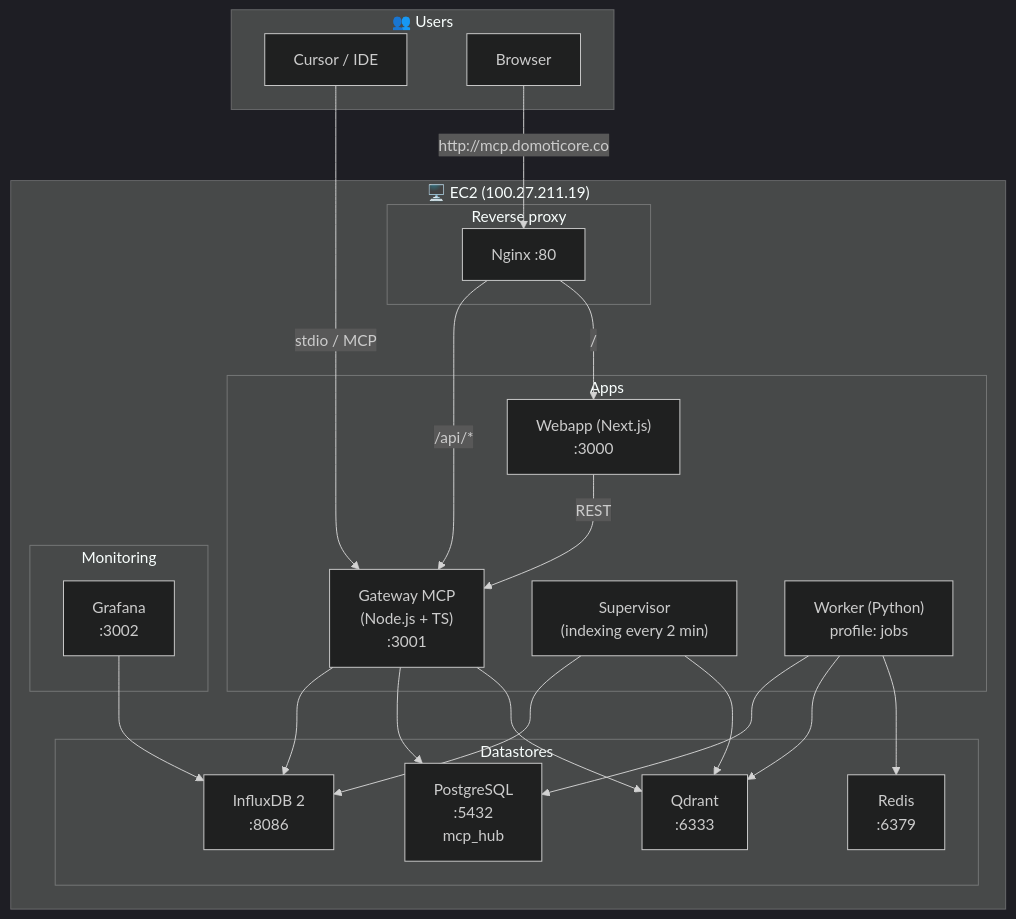
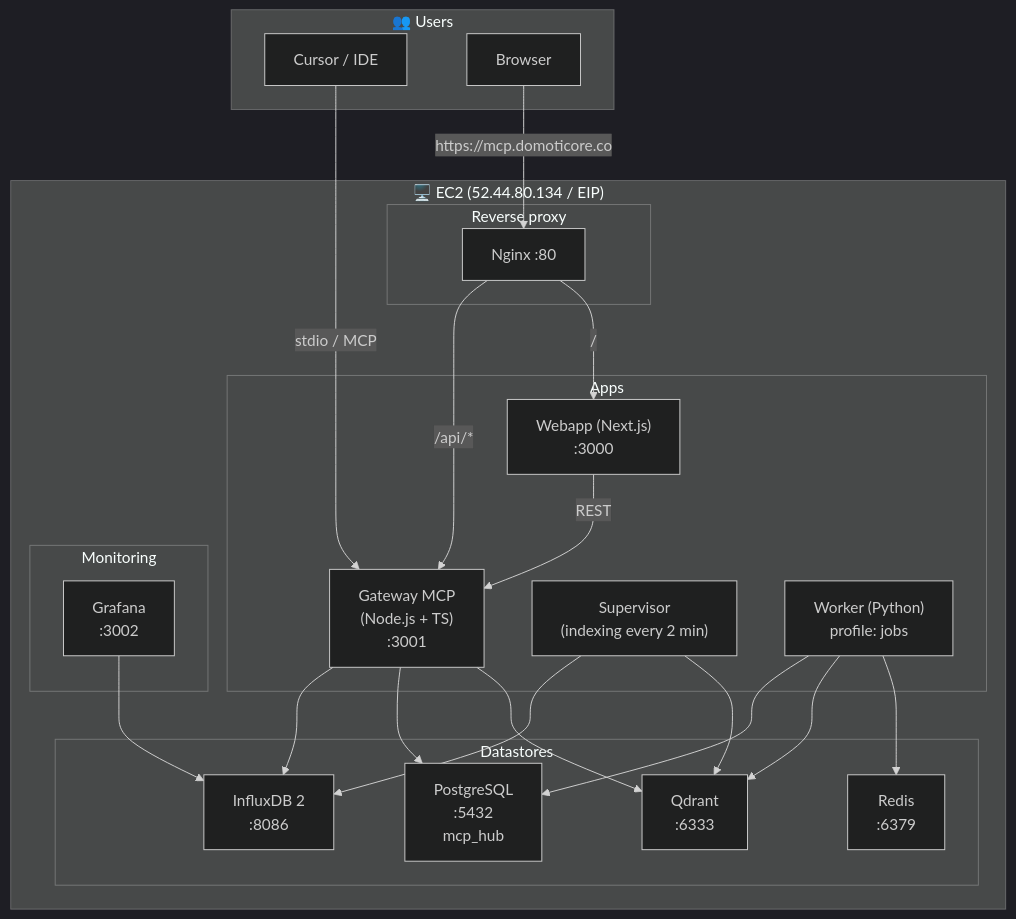
One commit to gustavosinbandera/MCP-SERVER changed the first of 2 diagrams in docs/INFRAESTRUCTURA.md. Above: the diagram before and after it, drawn with Mermaid (dark theme). The commit also changed other lines of this file and 19 other files, not shown here.

````diff
--- a/docs/INFRAESTRUCTURA.md
+++ b/docs/INFRAESTRUCTURA.md
@@ -17,47 +17,47 @@
 ```mermaid
 flowchart TB
     subgraph usuarios["👥 Users"]
         IDE["Cursor / IDE"]
         Browser["Browser"]
     end
 
-    subgraph ec2["🖥️ EC2 (100.27.211.19)"]
+    subgraph ec2["🖥️ EC2 (52.44.80.134 / EIP)"]
         subgraph proxy["Reverse proxy"]
             Nginx["Nginx :80"]
         end
 
         subgraph aplicaciones["Apps"]
             Webapp["Webapp (Next.js)\n:3000"]
             Gateway["Gateway MCP\n(Node.js + TS)\n:3001"]
             Supervisor["Supervisor\n(indexing every 2 min)"]
             Worker["Worker (Python)\nprofile: jobs"]
         end
 
         subgraph datos["Datastores"]
             Postgres["PostgreSQL\n:5432\nmcp_hub"]
             Redis["Redis\n:6379"]
             Qdrant["Qdrant\n:6333"]
             InfluxDB["InfluxDB 2\n:8086"]
         end
 
         subgraph monitoreo["Monitoring"]
             Grafana["Grafana\n:3002"]
         end
     end
 
     IDE -->|"stdio / MCP"| Gateway
-    Browser -->|"http://mcp.domoticore.co"| Nginx
+    Browser -->|"https://mcp.domoticore.co"| Nginx
     Nginx -->|"/"| Webapp
     Nginx -->|"/api/*"| Gateway
 
     Webapp -->|"REST"| Gateway
     Gateway --> Qdrant
     Gateway --> Postgres
     Gateway --> InfluxDB
     Supervisor --> Qdrant
     Supervisor --> InfluxDB
     Worker --> Redis
     Worker --> Qdrant
     Worker --> Postgres
     Grafana --> InfluxDB
 ```
````
